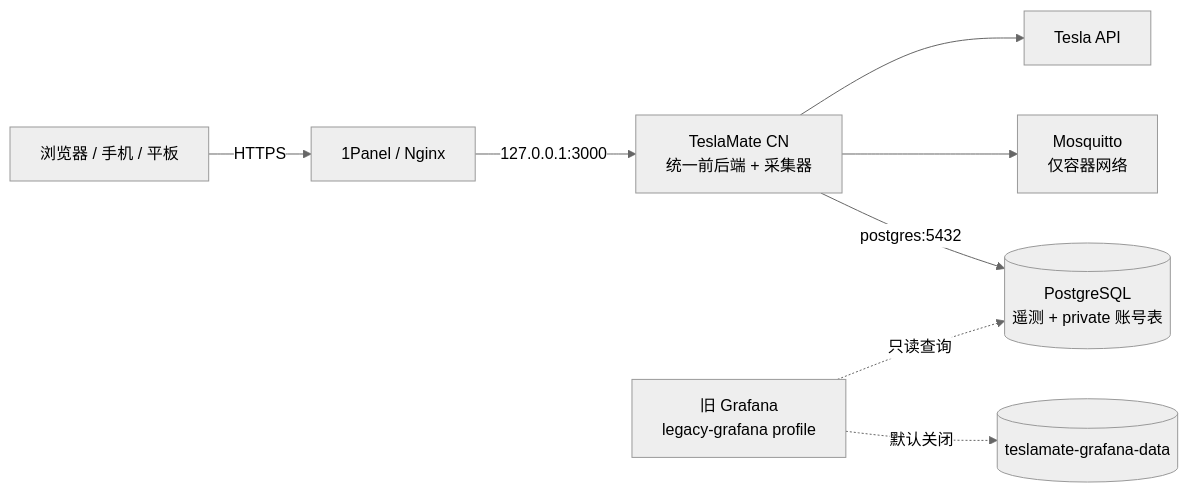
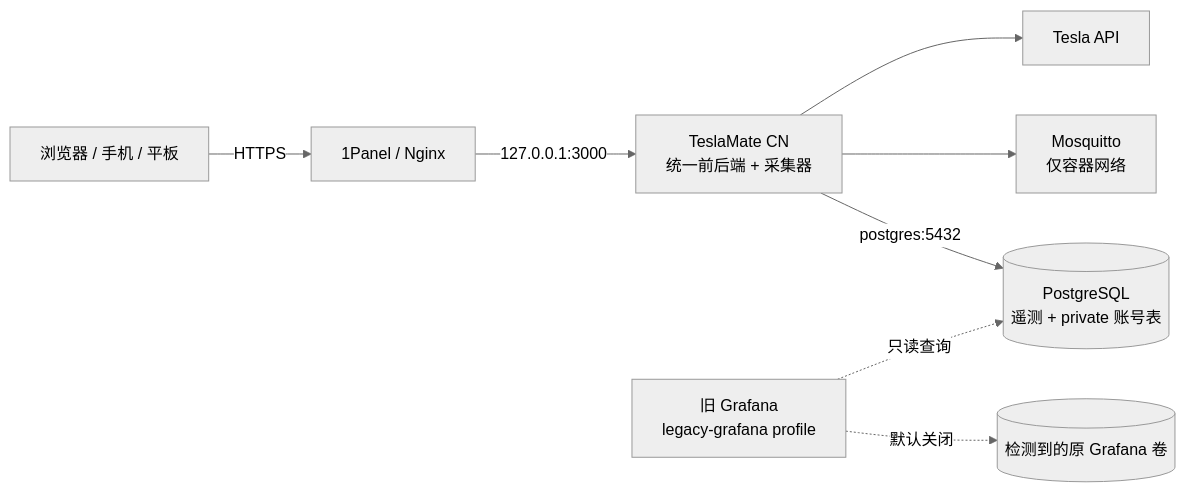
One commit to kafuunochino/teslamate changed the diagram in README.md. Above: the diagram before and after it, drawn with Mermaid (neutral theme). The commit also changed other lines of this file and 5 other files, not shown here.

Commit message:
fix: preserve prefixed Grafana volume on upgrade

````diff
--- a/README.md
+++ b/README.md
@@ -69,10 +69,10 @@
 ```mermaid
 flowchart LR
     Browser[浏览器 / 手机 / 平板] -->|HTTPS| Proxy[1Panel / Nginx]
     Proxy -->|127.0.0.1:3000| App[TeslaMate CN\n统一前后端 + 采集器]
     App -->|postgres:5432| DB[(PostgreSQL\n遥测 + private 账号表)]
     App --> MQTT[Mosquitto\n仅容器网络]
     App --> Tesla[Tesla API]
-    Legacy[旧 Grafana\nlegacy-grafana profile] -.默认关闭.-> Volume[(teslamate-grafana-data)]
+    Legacy[旧 Grafana\nlegacy-grafana profile] -.默认关闭.-> Volume[(检测到的原 Grafana 卷)]
     Legacy -.只读查询.-> DB
 ```
````
